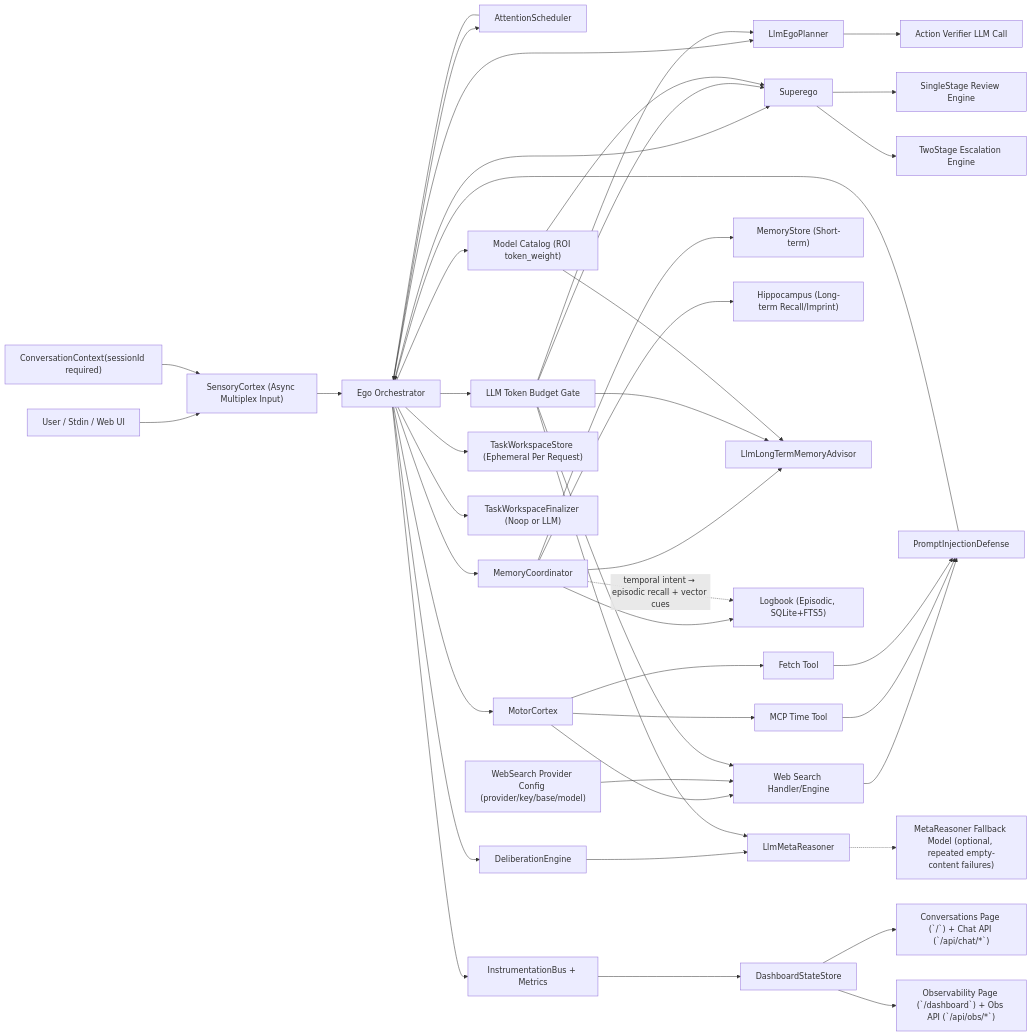
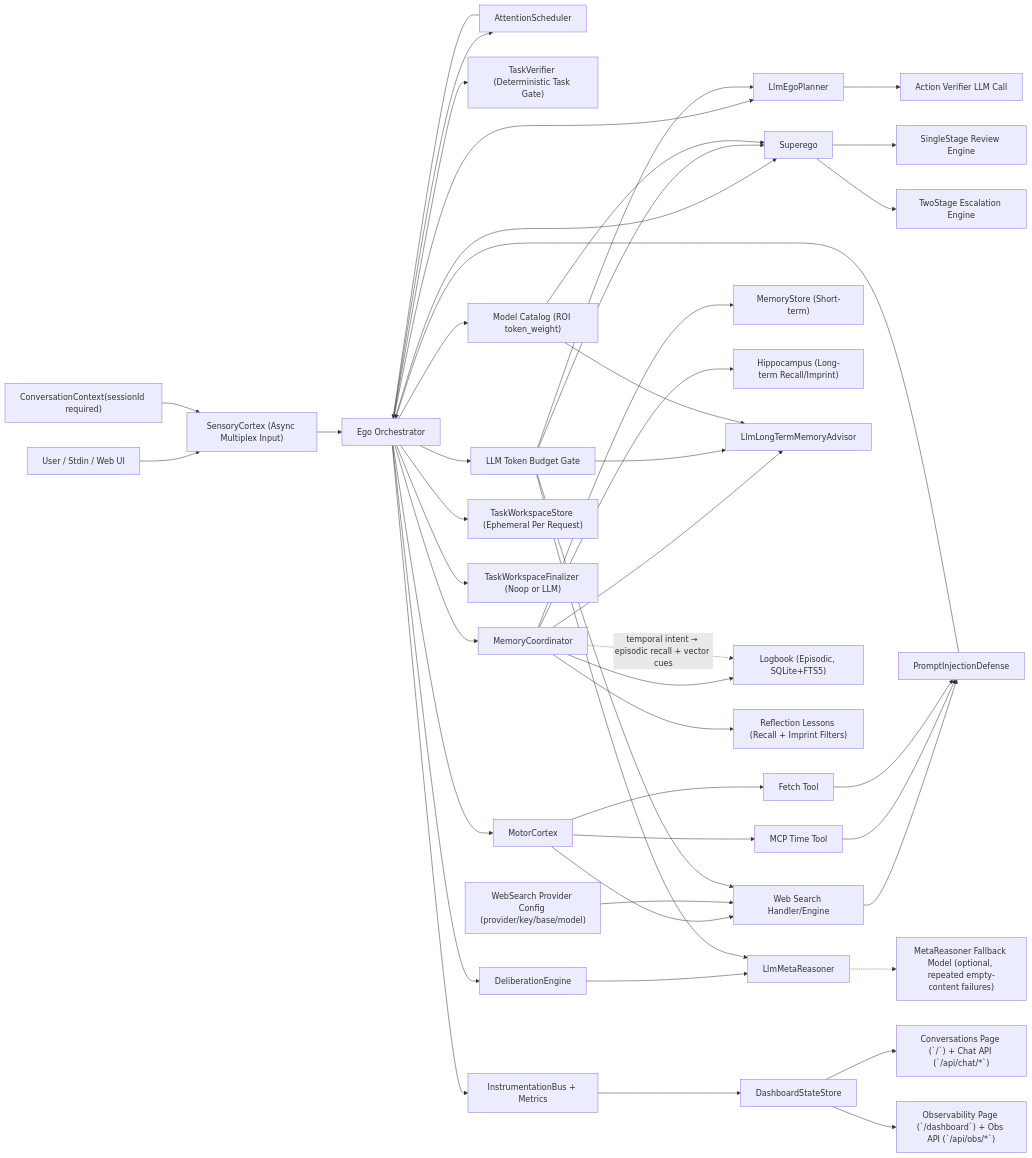
One commit to neopsyke/NeoPsyke changed the first of 6 diagrams in AGENT_LOGIC_DIAGRAM.md. Above: the diagram before and after it, drawn with Mermaid. The commit also changed other lines of this file and 9 other files, not shown here.

Commit message:
Add deterministic task verifier gate and lesson-reflection memory

````diff
--- a/AGENT_LOGIC_DIAGRAM.md
+++ b/AGENT_LOGIC_DIAGRAM.md
@@ -8,53 +8,55 @@
 ```mermaid
 flowchart LR
     U["User / Stdin / Web UI"] --> SC["SensoryCortex (Async Multiplex Input)"]
     SC --> E["Ego Orchestrator"]
     NoteCtx["ConversationContext(sessionId required)"] --> SC
 
     E --> AS["AttentionScheduler"]
     AS --> E
 
     E --> P["LlmEgoPlanner"]
     P --> AV["Action Verifier LLM Call"]
+    E --> TV["TaskVerifier (Deterministic Task Gate)"]
     E --> S["Superego"]
     S --> S1["SingleStage Review Engine"]
     S --> S2["TwoStage Escalation Engine"]
     E --> M["MotorCortex"]
     E --> BG["LLM Token Budget Gate"]
     E --> MCat["Model Catalog (ROI token_weight)"]
 
     E --> DE["DeliberationEngine"]
     DE --> MR["LlmMetaReasoner"]
     MR -.-> MRF["MetaReasoner Fallback Model (optional, repeated empty-content failures)"]
 
     E --> MC["MemoryCoordinator"]
     MC --> MS["MemoryStore (Short-term)"]
     MC --> H["Hippocampus (Long-term Recall/Imprint)"]
     MC --> LTM["LlmLongTermMemoryAdvisor"]
     MC --> LB["Logbook (Episodic, SQLite+FTS5)"]
+    MC --> RL["Reflection Lessons (Recall + Imprint Filters)"]
     MC -.->|"temporal intent → episodic recall + vector cues"| LB
     E --> TWS["TaskWorkspaceStore (Ephemeral Per Request)"]
     E --> TWF["TaskWorkspaceFinalizer (Noop or LLM)"]
 
     M --> WS["Web Search Handler/Engine"]
     CfgWS["WebSearch Provider Config (provider/key/base/model)"] --> WS
     M --> MT["MCP Time Tool"]
     M --> MF["Fetch Tool"]
     WS --> PID["PromptInjectionDefense"]
     MT --> PID
     MF --> PID
     PID --> E
 
     BG --> P
     BG --> S
     BG --> MR
     BG --> LTM
     BG --> WS
     MCat --> S
     MCat --> LTM
 
     E --> I["InstrumentationBus + Metrics"]
     I --> DS["DashboardStateStore"]
     DS --> CP["Conversations Page (`/`) + Chat API (`/api/chat/*`)"]
     DS --> OP["Observability Page (`/dashboard`) + Obs API (`/api/obs/*`)"]
 ```
````
